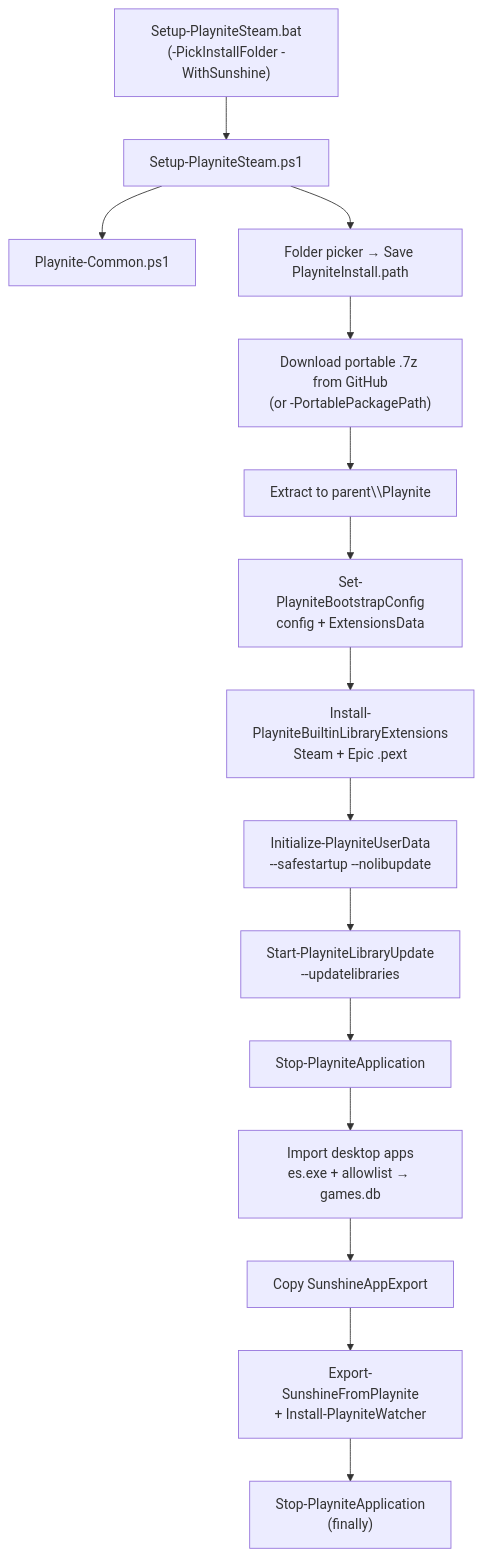
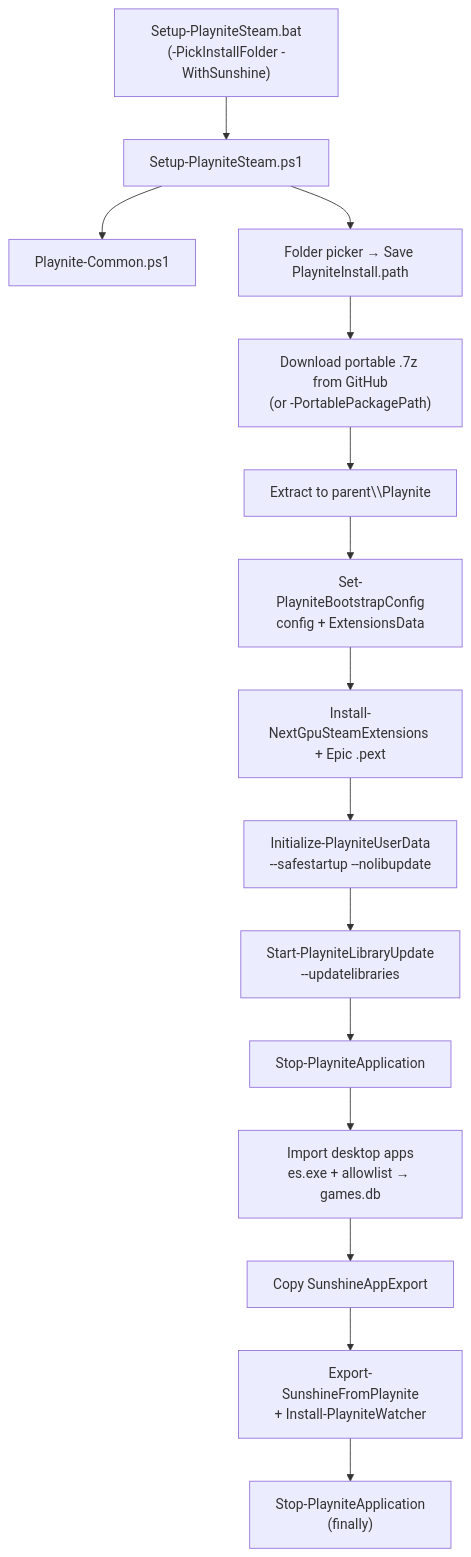
Before and after one commit to bluefml1/nextGPU-corescripts: the diagram in PlayNiteWatcher/docs/Playnite-EndToEnd.md, drawn with Mermaid. The commit also changed other lines of this file and 183 other files, not shown here.

Commit message:
fix steam for playnite setup, automate bypass games, docs setup a machine

````diff
--- a/PlayNiteWatcher/docs/Playnite-EndToEnd.md
+++ b/PlayNiteWatcher/docs/Playnite-EndToEnd.md
@@ -67,17 +67,17 @@
 ```mermaid
 flowchart TD
   BAT["Setup-PlayniteSteam.bat\n(-PickInstallFolder -WithSunshine)"] --> SETUP["Setup-PlayniteSteam.ps1"]
   SETUP --> COMMON["Playnite-Common.ps1"]
   SETUP --> PICK["Folder picker → Save PlayniteInstall.path"]
   PICK --> DL["Download portable .7z from GitHub\n(or -PortablePackagePath)"]
   DL --> EXT["Extract to parent\\Playnite"]
   EXT --> CFG["Set-PlayniteBootstrapConfig\nconfig + ExtensionsData"]
-  CFG --> PLUG["Install-PlayniteBuiltinLibraryExtensions\nSteam + Epic .pext"]
+  CFG --> PLUG["Install-NextGpuSteamExtensions + Epic .pext"]
   PLUG --> INIT["Initialize-PlayniteUserData\n--safestartup --nolibupdate"]
   INIT --> UPD["Start-PlayniteLibraryUpdate\n--updatelibraries"]
   UPD --> STOP1["Stop-PlayniteApplication"]
   STOP1 --> DESK["Import desktop apps\nes.exe + allowlist → games.db"]
   DESK --> SUNEXT["Copy SunshineAppExport"]
   SUNEXT --> SUN["Export-SunshineFromPlaynite\n+ Install-PlayniteWatcher"]
   SUN --> STOP2["Stop-PlayniteApplication\n(finally)"]
 ```
````
